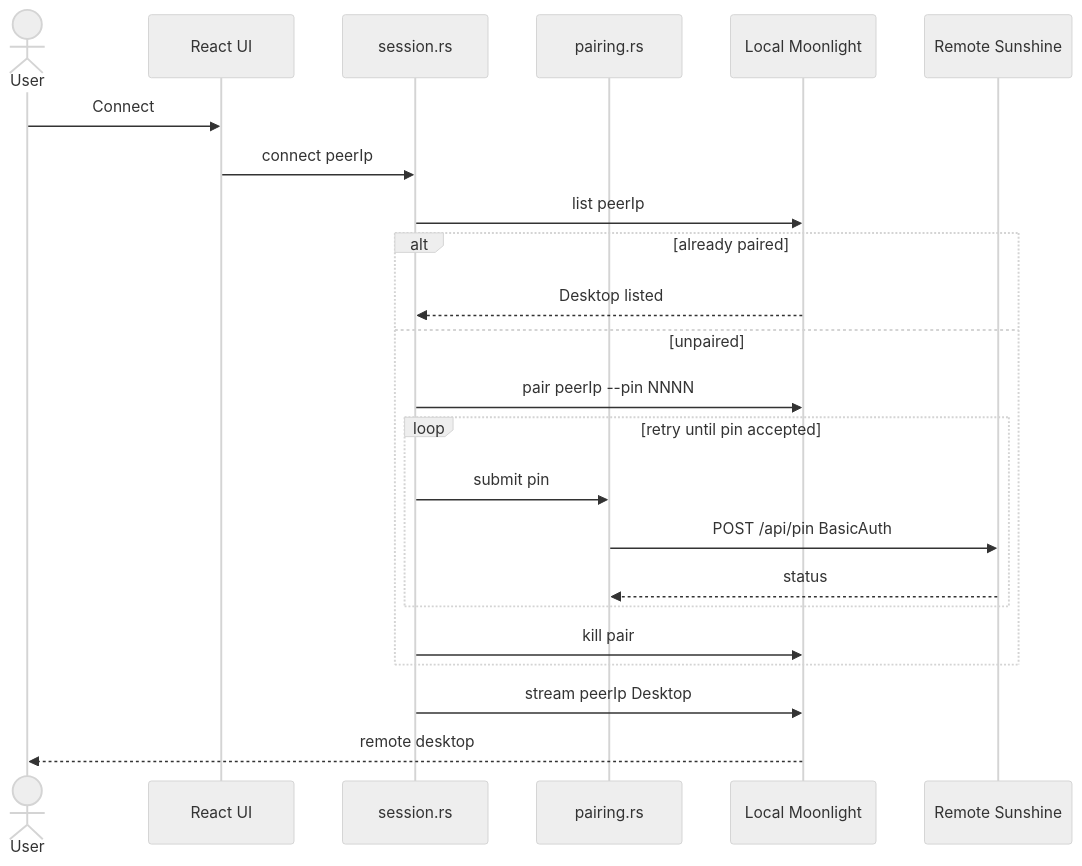
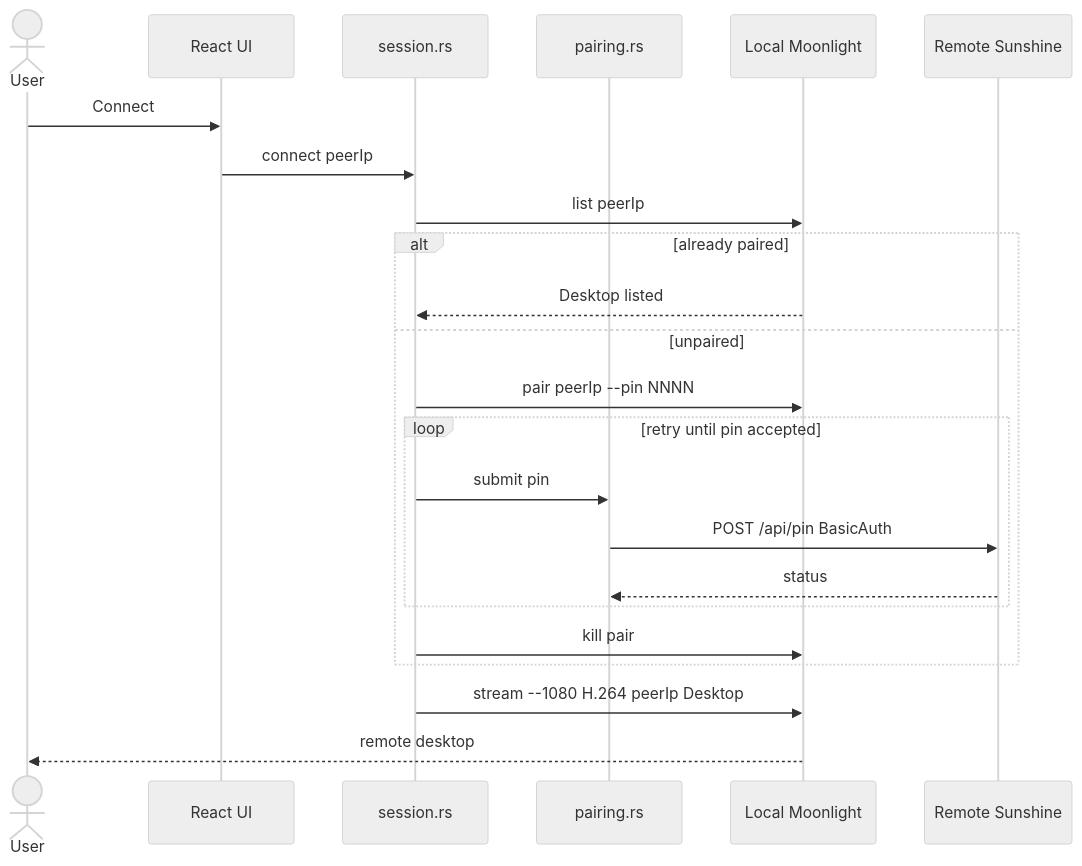
One commit to xy-zak/Eclipse changed the second of 3 diagrams in docs/Architecture_Specification.md. Above: the diagram before and after it, drawn with Mermaid (neutral theme). The commit also changed other lines of this file and 10 other files, not shown here.

````diff
--- a/docs/Architecture_Specification.md
+++ b/docs/Architecture_Specification.md
@@ -169,25 +169,25 @@
 ```mermaid
 sequenceDiagram
   actor User
   participant UI as React UI
   participant Session as session.rs
   participant Pair as pairing.rs
   participant Moon as Local Moonlight
   participant Sun as Remote Sunshine
   User->>UI: Connect
   UI->>Session: connect peerIp
   Session->>Moon: list peerIp
   alt already paired
     Moon-->>Session: Desktop listed
   else unpaired
     Session->>Moon: pair peerIp --pin NNNN
     loop retry until pin accepted
       Session->>Pair: submit pin
       Pair->>Sun: POST /api/pin BasicAuth
       Sun-->>Pair: status
     end
     Session->>Moon: kill pair
   end
-  Session->>Moon: stream peerIp Desktop
+  Session->>Moon: stream --1080 H.264 peerIp Desktop
   Moon-->>User: remote desktop
 ```
````
